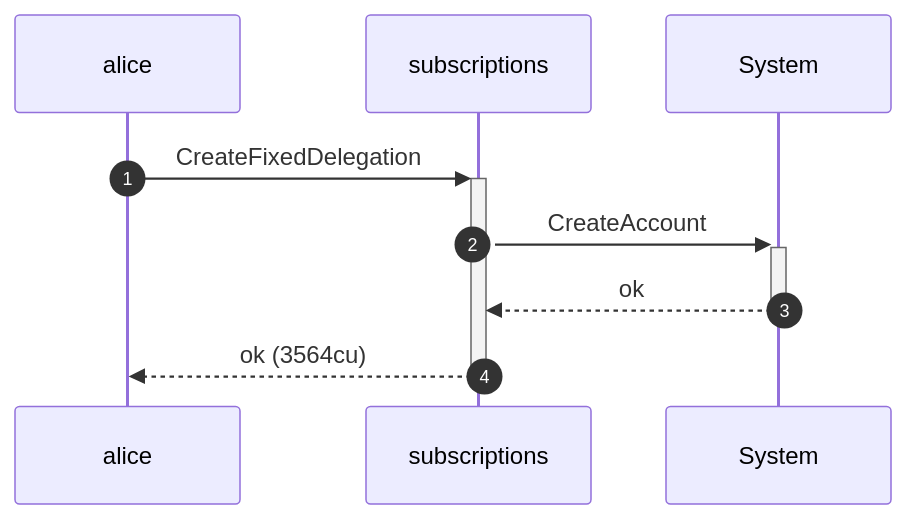
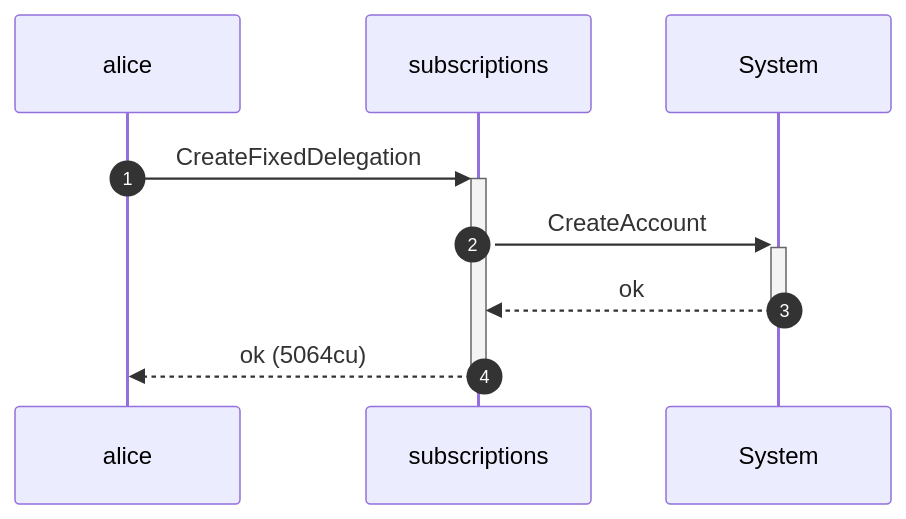
Before and after one commit to cds-rs/subscriptions: the sixth of 8 diagrams in dsl_tests/a-sponsor-cannot-revoke-a-no-expiry-delegation.md, drawn with Mermaid. The commit also changed other lines of this file and 224 other files, not shown here.

````diff
--- a/dsl_tests/a-sponsor-cannot-revoke-a-no-expiry-delegation.md
+++ b/dsl_tests/a-sponsor-cannot-revoke-a-no-expiry-delegation.md
@@ -117,11 +123,11 @@
 ```mermaid
 sequenceDiagram
     autonumber
     participant alice
     participant subscriptions
     participant System
     alice ->>+ subscriptions: CreateFixedDelegation
     subscriptions ->>+ System: CreateAccount
     System -->>- subscriptions: ok
-    subscriptions -->>- alice: ok (3564cu)
+    subscriptions -->>- alice: ok (5064cu)
 ```
````
